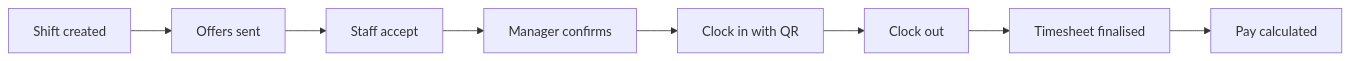
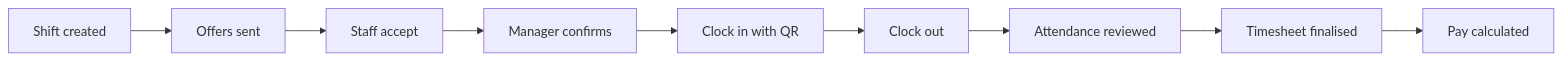
Before and after one commit to Rabblo06/rab-recurit: the diagram in packages/rab-docs/index.mdx, drawn with Mermaid. The commit also changed other lines of this file and 213 other files, not shown here.

````diff
--- a/packages/rab-docs/index.mdx
+++ b/packages/rab-docs/index.mdx
@@ -67,10 +84,11 @@
 ```mermaid
 flowchart LR
     A["Shift created"] --> B["Offers sent"]
     B --> C["Staff accept"]
     C --> D["Manager confirms"]
     D --> E["Clock in with QR"]
     E --> F["Clock out"]
-    F --> G["Timesheet finalised"]
+    F --> R["Attendance reviewed"]
+    R --> G["Timesheet finalised"]
     G --> H["Pay calculated"]
 ```
````
